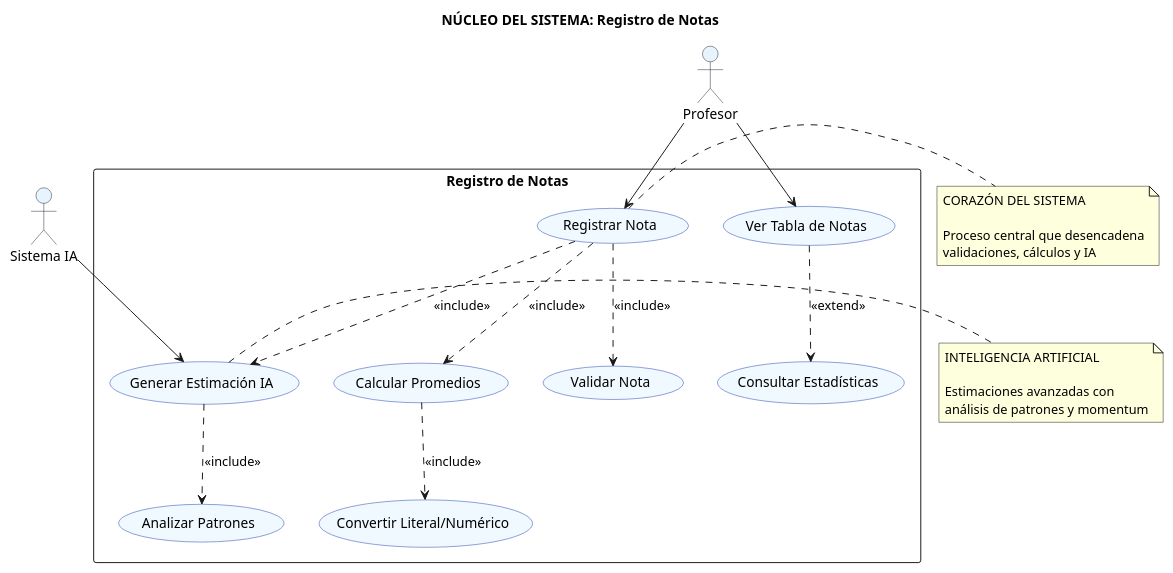
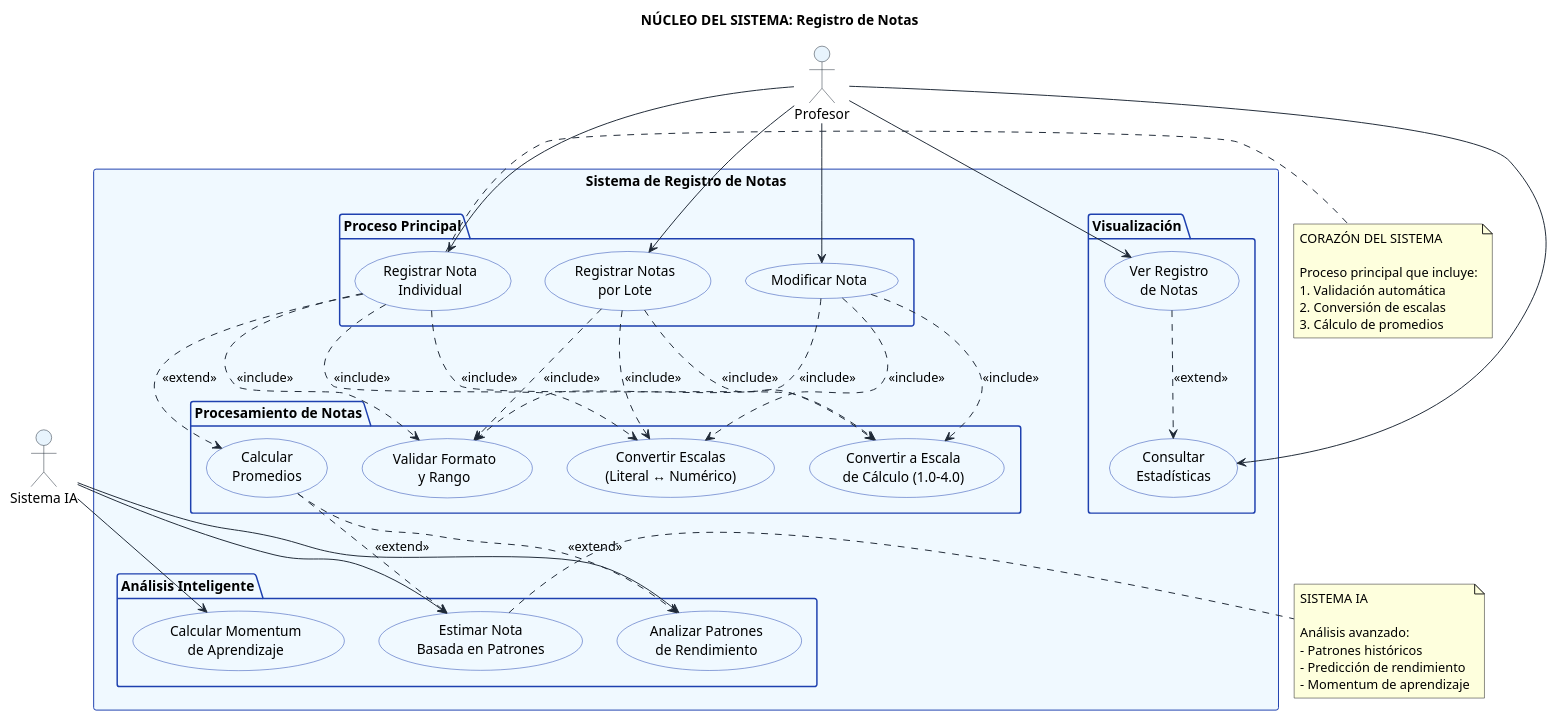
The diagram in diagramas/registro-notas/casos-uso-registro-notas.puml (CondePlocs/sistemnotas), drawn with PlantUML before and after one commit. The commit also changed 5 other files, not shown here.

```diff
--- a/diagramas/registro-notas/casos-uso-registro-notas.puml
+++ b/diagramas/registro-notas/casos-uso-registro-notas.puml
@@ -1,64 +1,94 @@
-@startuml Casos de Uso - Registro de Notas (Núcleo del Sistema)
+@startuml Casos de Uso - Sistema de Registro de Notas (Núcleo)
 
-skinparam actor {
-    BackgroundColor #E8F4FD
-    BorderColor #1F2937
-}
-
-skinparam usecase {
-    BackgroundColor #F0F9FF
-    BorderColor #1E40AF
+skinparam {
+    ActorBackgroundColor #E8F4FD
+    ActorBorderColor #1F2937
+    UsecaseBackgroundColor #F0F9FF
+    UsecaseBorderColor #1E40AF
+    PackageBackgroundColor #F0F9FF
+    PackageBorderColor #1E40AF
+    ArrowColor #1F2937
 }
 
 title NÚCLEO DEL SISTEMA: Registro de Notas
 
+' ACTORES PRINCIPALES
 actor "Profesor" as Profesor
 actor "Sistema IA" as SistemaIA
 
-rectangle "Registro de Notas" {
-    
-    ' NÚCLEO PRINCIPAL
-    usecase "Registrar Nota" as UC_REGISTRAR
-    usecase "Calcular Promedios" as UC_CALCULAR
-    usecase "Generar Estimación IA" as UC_IA
-    
-    ' PROCESOS DE APOYO
-    usecase "Validar Nota" as UC_VALIDAR
-    usecase "Convertir Literal/Numérico" as UC_CONVERTIR
-    usecase "Analizar Patrones" as UC_PATRONES
-    
-    ' RESULTADOS
-    usecase "Ver Tabla de Notas" as UC_VER
-    usecase "Consultar Estadísticas" as UC_STATS
+rectangle "Sistema de Registro de Notas" {
+    package "Proceso Principal" {
+        usecase "Registrar Nota\nIndividual" as UC1
+        usecase "Registrar Notas\npor Lote" as UC2
+        usecase "Modificar Nota" as UC3
+    }
+
+    package "Procesamiento de Notas" {
+        usecase "Validar Formato\ny Rango" as UC4
+        usecase "Convertir Escalas\n(Literal ↔ Numérico)" as UC5
+        usecase "Convertir a Escala\nde Cálculo (1.0-4.0)" as UC6
+        usecase "Calcular\nPromedios" as UC7
+    }
+
+    package "Análisis Inteligente" {
+        usecase "Estimar Nota\nBasada en Patrones" as UC8
+        usecase "Analizar Patrones\nde Rendimiento" as UC9
+        usecase "Calcular Momentum\nde Aprendizaje" as UC10
+    }
+
+    package "Visualización" {
+        usecase "Ver Registro\nde Notas" as UC11
+        usecase "Consultar\nEstadísticas" as UC12
+    }
 }
 
 ' RELACIONES PRINCIPALES
-Profesor --> UC_REGISTRAR
-Profesor --> UC_VER
-SistemaIA --> UC_IA
+Profesor --> UC1
+Profesor --> UC2
+Profesor --> UC3
+Profesor --> UC11
+Profesor --> UC12
 
-' FLUJO DEL NÚCLEO
-UC_REGISTRAR ..> UC_VALIDAR : <<include>>
-UC_REGISTRAR ..> UC_CALCULAR : <<include>>
-UC_REGISTRAR ..> UC_IA : <<include>>
+SistemaIA --> UC8
+SistemaIA --> UC9
+SistemaIA --> UC10
 
-UC_CALCULAR ..> UC_CONVERTIR : <<include>>
-UC_IA ..> UC_PATRONES : <<include>>
+' RELACIONES DE INCLUSIÓN
+UC1 ..> UC4 : <<include>>
+UC1 ..> UC5 : <<include>>
+UC1 ..> UC6 : <<include>>
 
-UC_VER ..> UC_STATS : <<extend>>
+UC2 ..> UC4 : <<include>>
+UC2 ..> UC5 : <<include>>
+UC2 ..> UC6 : <<include>>
 
-note right of UC_REGISTRAR
+UC3 ..> UC4 : <<include>>
+UC3 ..> UC5 : <<include>>
+UC3 ..> UC6 : <<include>>
+
+' RELACIONES DE EXTENSIÓN
+UC1 ..> UC7 : <<extend>>
+UC7 ..> UC8 : <<extend>>
+UC7 ..> UC9 : <<extend>>
+
+UC11 ..> UC12 : <<extend>>
+
+note right of UC1
     CORAZÓN DEL SISTEMA
     
-    Proceso central que desencadena
-    validaciones, cálculos y IA
+    Proceso principal que incluye:
+    1. Validación automática
+    2. Conversión de escalas
+    3. Cálculo de promedios
 end note
 
-note right of UC_IA
-    INTELIGENCIA ARTIFICIAL
+note right of UC8
+    SISTEMA IA
     
-    Estimaciones avanzadas con
-    análisis de patrones y momentum
+    Análisis avanzado:
+    - Patrones históricos
+    - Predicción de rendimiento
+    - Momentum de aprendizaje
 end note
 
 @enduml
```
